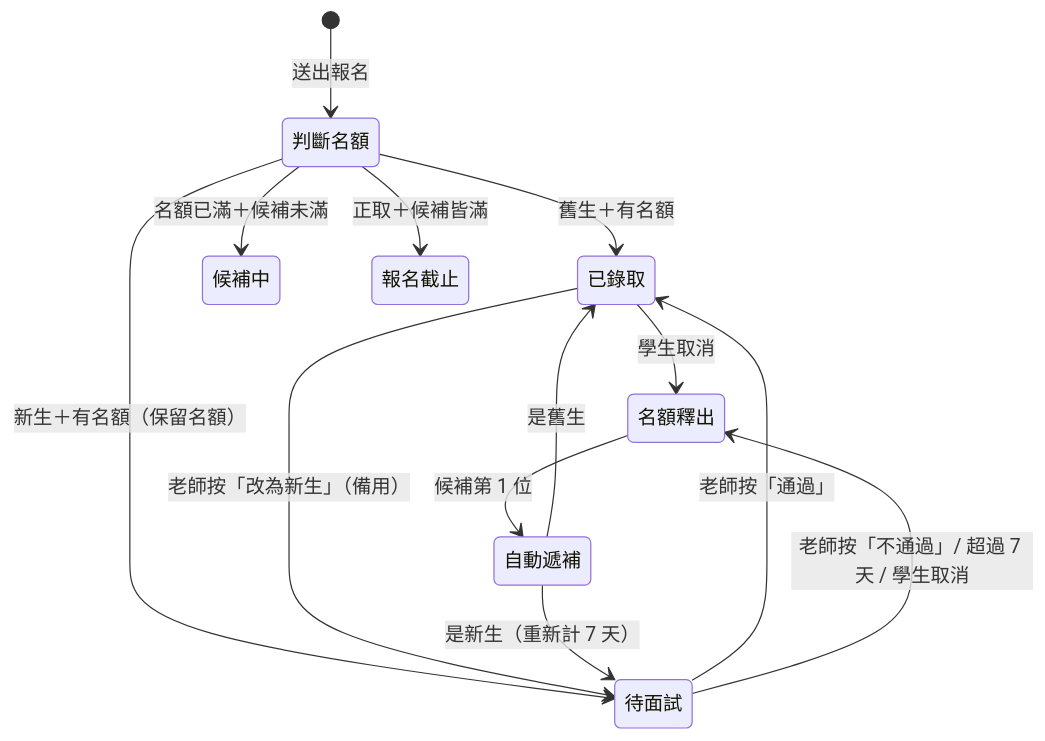
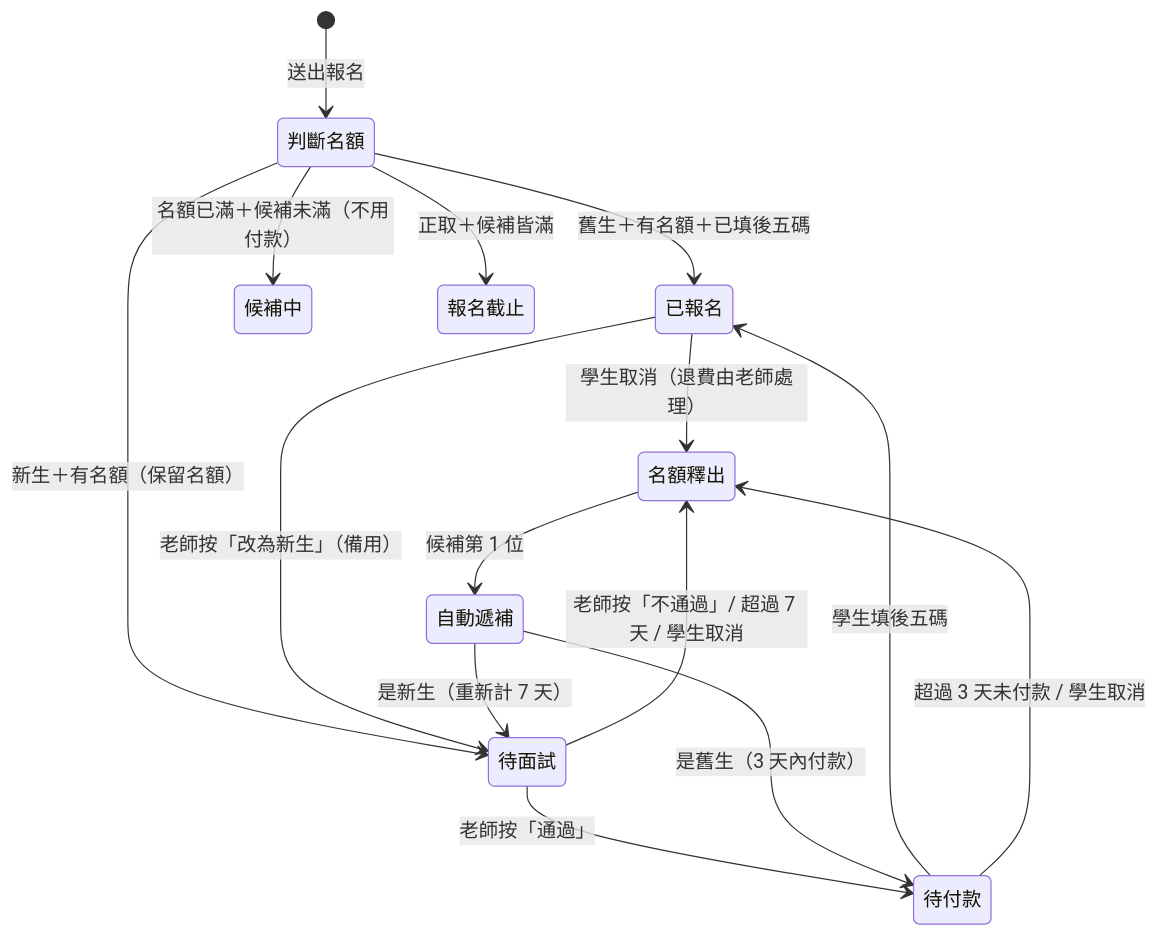
Before and after one commit to vivian8707/vivian-yoga: the diagram in docs/retreat-signup-flow.md, drawn with Mermaid. The commit also changed other lines of this file, not shown here.

````diff
--- a/docs/retreat-signup-flow.md
+++ b/docs/retreat-signup-flow.md
@@ -51,17 +52,19 @@
 ```mermaid
 stateDiagram-v2
     [*] --> 判斷名額: 送出報名
-    判斷名額 --> 已錄取: 舊生＋有名額
+    判斷名額 --> 已報名: 舊生＋有名額＋已填後五碼
     判斷名額 --> 待面試: 新生＋有名額（保留名額）
-    判斷名額 --> 候補中: 名額已滿＋候補未滿
+    判斷名額 --> 候補中: 名額已滿＋候補未滿（不用付款）
     判斷名額 --> 報名截止: 正取＋候補皆滿
 
-    待面試 --> 已錄取: 老師按「通過」
+    待面試 --> 待付款: 老師按「通過」
     待面試 --> 名額釋出: 老師按「不通過」/ 超過 7 天 / 學生取消
-    已錄取 --> 名額釋出: 學生取消
-    已錄取 --> 待面試: 老師按「改為新生」（備用）
+    待付款 --> 已報名: 學生填後五碼
+    待付款 --> 名額釋出: 超過 3 天未付款 / 學生取消
+    已報名 --> 名額釋出: 學生取消（退費由老師處理）
+    已報名 --> 待面試: 老師按「改為新生」（備用）
 
     名額釋出 --> 自動遞補: 候補第 1 位
-    自動遞補 --> 已錄取: 是舊生
+    自動遞補 --> 待付款: 是舊生（3 天內付款）
     自動遞補 --> 待面試: 是新生（重新計 7 天）
 ```
````
